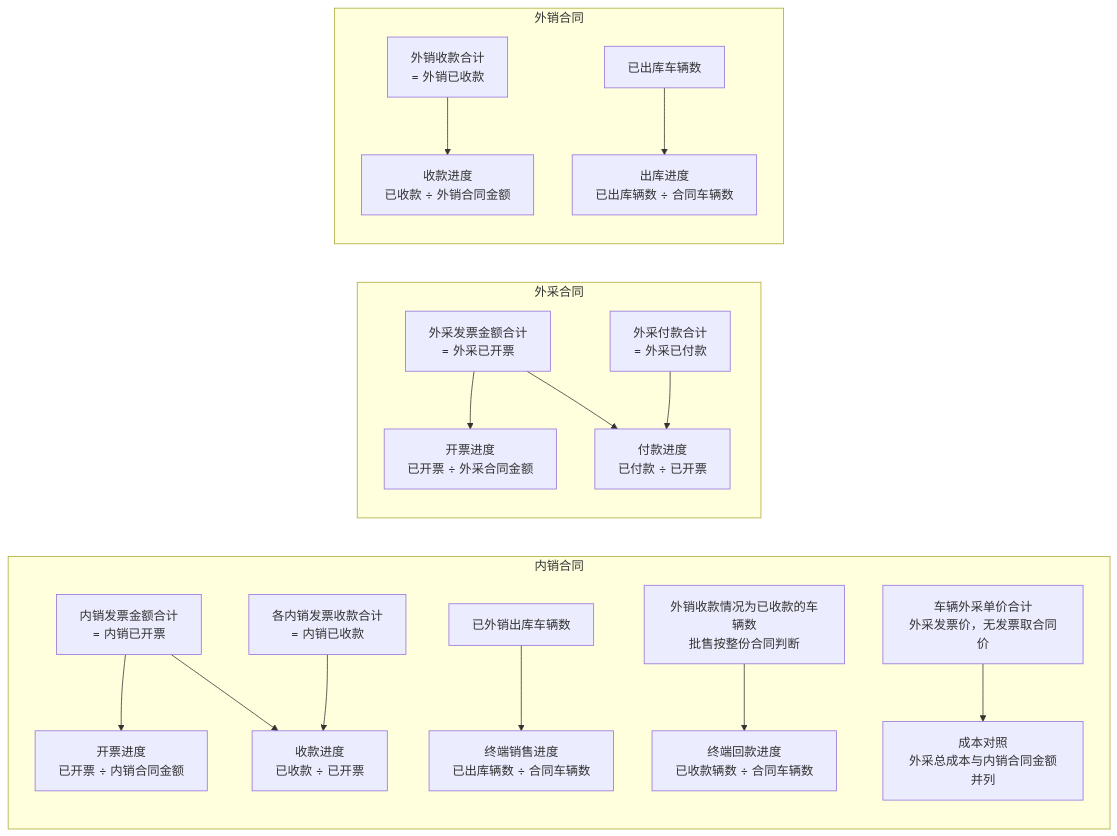
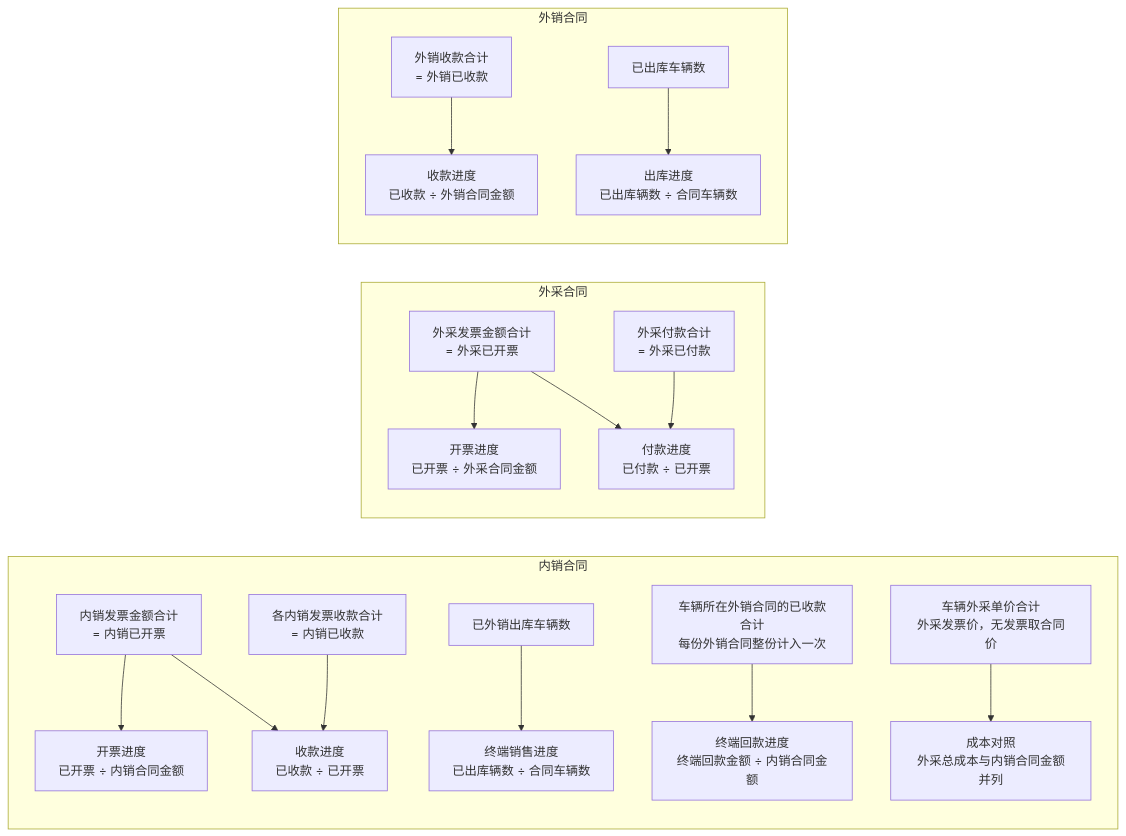
One commit to wxblockchain/Chain-Financing changed the third of 3 diagrams in asset-trust-platform/PRD/运营端/M4-合同信息/02-合同信息-流程图与状态机.md. Above: the diagram before and after it, drawn with Mermaid. The commit also changed other lines of this file and 3 other files, not shown here.

````diff
--- a/asset-trust-platform/PRD/运营端/M4-合同信息/02-合同信息-流程图与状态机.md
+++ b/asset-trust-platform/PRD/运营端/M4-合同信息/02-合同信息-流程图与状态机.md
@@ -72,20 +72,20 @@
 ```mermaid
 flowchart LR
     subgraph 内销合同
       DINV[内销发票金额合计<br/>= 内销已开票] --> DP1[开票进度<br/>已开票 ÷ 内销合同金额]
       DREC[各内销发票收款合计<br/>= 内销已收款] --> DP2[收款进度<br/>已收款 ÷ 已开票]
       DINV --> DP2
       DOUT[已外销出库车辆数] --> DP3[终端销售进度<br/>已出库辆数 ÷ 合同车辆数]
-      DEXR[外销收款情况为已收款的车辆数<br/>批售按整份合同判断] --> DP4[终端回款进度<br/>已收款辆数 ÷ 合同车辆数]
+      DEXR[车辆所在外销合同的已收款合计<br/>每份外销合同整份计入一次] --> DP4[终端回款进度<br/>终端回款金额 ÷ 内销合同金额]
       DCOST[车辆外采单价合计<br/>外采发票价，无发票取合同价] --> DTC[成本对照<br/>外采总成本与内销合同金额并列]
     end
     subgraph 外采合同
       PINV[外采发票金额合计<br/>= 外采已开票] --> PP1[开票进度<br/>已开票 ÷ 外采合同金额]
       PPAY[外采付款合计<br/>= 外采已付款] --> PP2[付款进度<br/>已付款 ÷ 已开票]
       PINV --> PP2
     end
     subgraph 外销合同
       EREC[外销收款合计<br/>= 外销已收款] --> EP1[收款进度<br/>已收款 ÷ 外销合同金额]
       EOUT[已出库车辆数] --> EP2[出库进度<br/>已出库辆数 ÷ 合同车辆数]
     end
 ```
````
